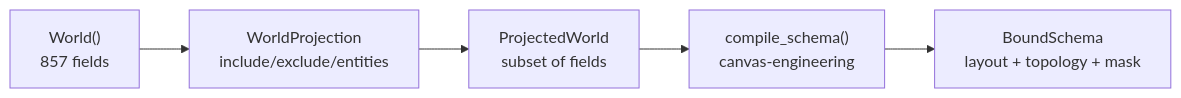
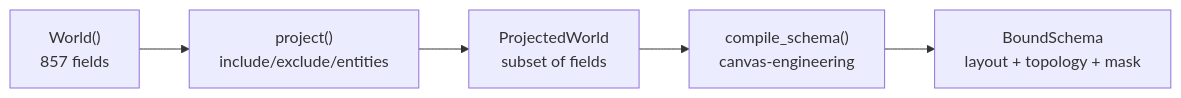
Before and after one commit to JacobFV/general-unified-world-modeling: the second of 2 diagrams in docs/architecture.md, drawn with Mermaid. The commit also changed other lines of this file and 31 other files, not shown here.

First line of the commit message:
Refactor API to remove WorldProjection and streamline project() usage

````diff
--- a/docs/architecture.md
+++ b/docs/architecture.md
@@ -134,12 +135,12 @@
 ```mermaid
 graph LR
     A["World()
-857 fields"] --> B["WorldProjection
+857 fields"] --> B["project()
 include/exclude/entities"]
     B --> C["ProjectedWorld
 subset of fields"]
     C --> D["compile_schema()
 canvas-engineering"]
     D --> E["BoundSchema
 layout + topology + mask"]
 ```
````
